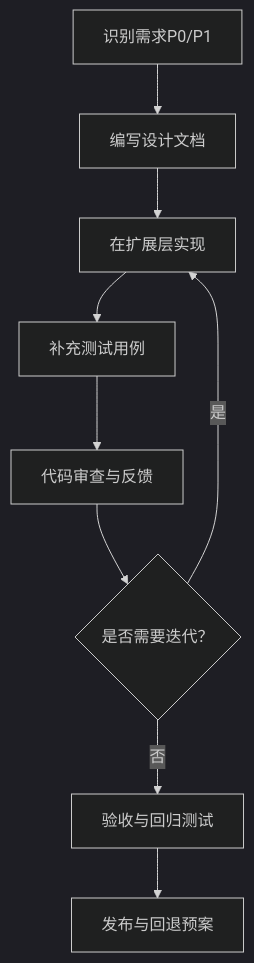
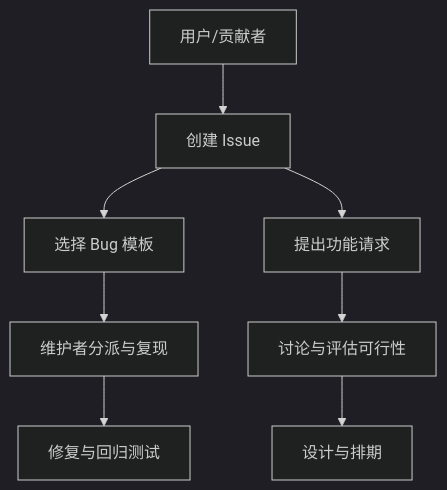
The sixth of 7 diagrams in .qoder/repowiki/zh/content/贡献指南.md (sofate798/KodrixCode), drawn with Mermaid (dark theme) before and after one commit. The commit also changed other lines of this file and 178 other files, not shown here.

````diff
--- a/.qoder/repowiki/zh/content/贡献指南.md
+++ b/.qoder/repowiki/zh/content/贡献指南.md
@@ -243,11 +205,10 @@
 ```mermaid
 flowchart TD
-Need["识别需求P0/P1"] --> Design["编写设计文档"]
-Design --> Implement["在扩展层实现"]
-Implement --> Test["补充测试用例"]
-Test --> Review["代码审查与反馈"]
-Review --> Iterate{"是否需要迭代？"}
-Iterate --> |是| Implement
-Iterate --> |否| Validate["验收与回归测试"]
-Validate --> Release["发布与回退预案"]
+User["用户/贡献者"] --> CreateIssue["创建 Issue"]
+CreateIssue --> BugTemplate["选择 Bug 模板"]
+CreateIssue --> FeatureRequest["提出功能请求"]
+BugTemplate --> Triage["维护者分派与复现"]
+FeatureRequest --> Discussion["讨论与评估可行性"]
+Triage --> Fix["修复与回归测试"]
+Discussion --> Design["设计与排期"]
 ```
````
